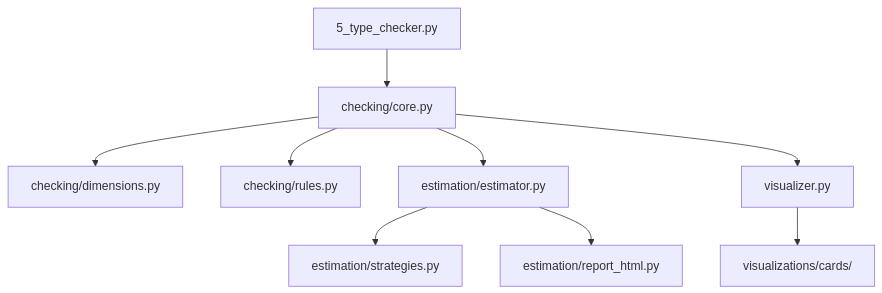
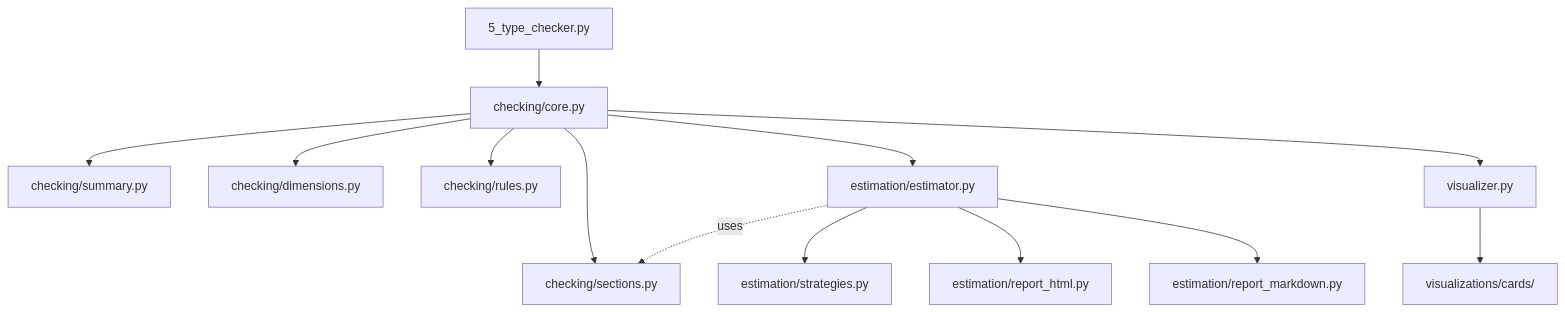
One commit to ActiveInferenceInstitute/GeneralizedNotationNotation changed the diagram in src/type_checker/README.md. Above: the diagram before and after it, drawn with Mermaid. The commit also changed other lines of this file and 231 other files, not shown here.

````diff
--- a/src/type_checker/README.md
+++ b/src/type_checker/README.md
@@ -8,11 +8,15 @@
 ```mermaid
 graph TD
     Pipeline[5_type_checker.py] --> Core[checking/core.py]
+    Core --> Sections[checking/sections.py]
+    Core --> Summary[checking/summary.py]
     Core --> Dim[checking/dimensions.py]
     Core --> Rules[checking/rules.py]
     Core --> EstSub[estimation/estimator.py]
     EstSub --> EstStrat[estimation/strategies.py]
     EstSub --> EstHtml[estimation/report_html.py]
+    EstSub --> EstMd[estimation/report_markdown.py]
+    EstSub -. uses .-> Sections
     Core --> MatrixOutput[visualizer.py]
     MatrixOutput --> Cards[visualizations/cards/]
 ```
````
